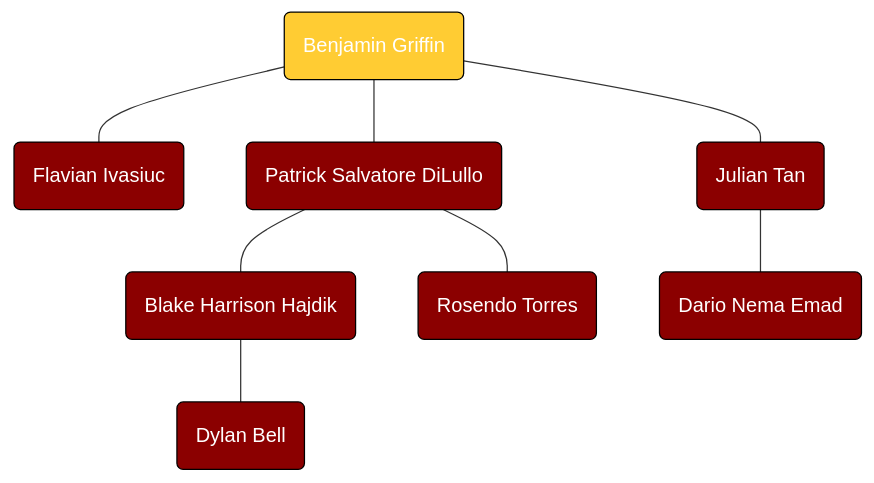
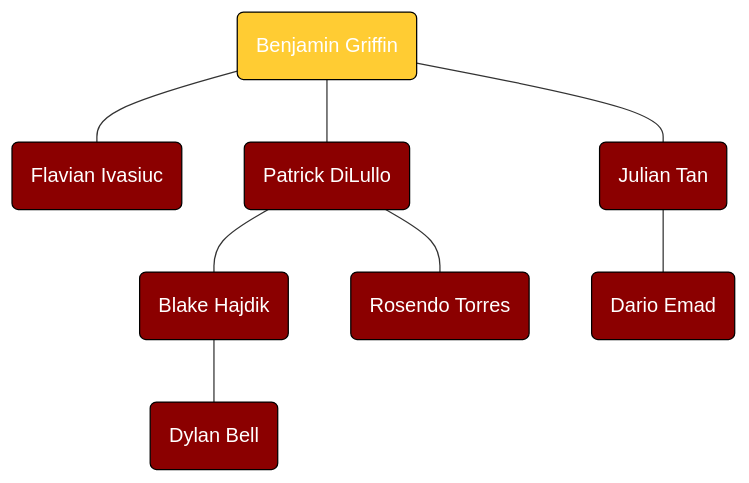
The diagram in Benjamin Griffin's Line.md (gianlezotte/familytree), drawn with Mermaid before and after one commit. The commit also changed 19 other files, not shown here.

````diff
--- a/Benjamin Griffin's Line.md
+++ b/Benjamin Griffin's Line.md
@@ -1,18 +1,18 @@
 ```mermaid
 flowchart TD
 
 %% Colors %%
 
-classDef blue fill:#8B0000,stroke:#000,color:#FFF
-classDef green fill:#FFCC33,stroke:#000,color:#FFF
+classDef red fill:#8B0000,stroke:#000,color:#FFF
+classDef gold fill:#FFCC33,stroke:#000,color:#FFF
 
 %% Benjamin Griffin's Line %%
-M211(Benjamin Griffin):::green---M250 & M259 & M262
-M250(Flavian Ivasiuc):::blue
-M259(Patrick Salvatore DiLullo):::blue---M279 & M295
-M262(Julian Tan):::blue---M278
-M278(Dario Nema Emad):::blue
-M279(Blake Harrison Hajdik):::blue---M312
-M295(Rosendo Torres):::blue
-M312(Dylan Bell):::blue
+M211(Benjamin Griffin):::gold---M250 & M259 & M262
+M250(Flavian Ivasiuc):::red
+M259(Patrick DiLullo):::red---M279 & M295
+M262(Julian Tan):::red---M278
+M278(Dario Emad):::red
+M279(Blake Hajdik):::red---M312
+M295(Rosendo Torres):::red
+M312(Dylan Bell):::red
 ```
````
